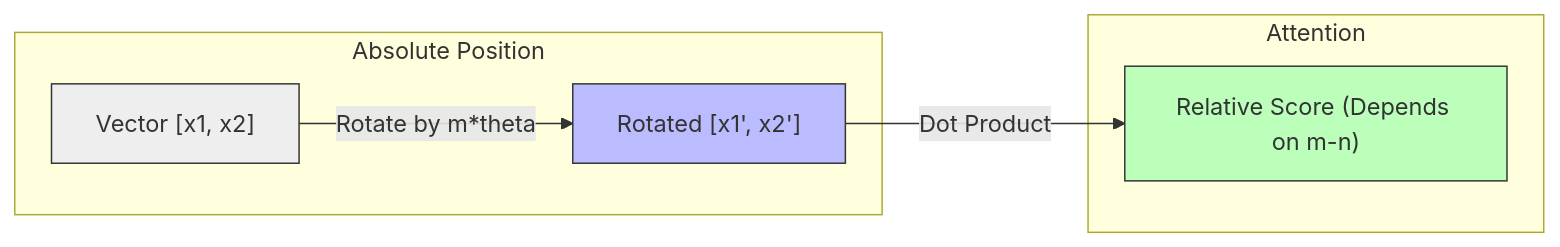
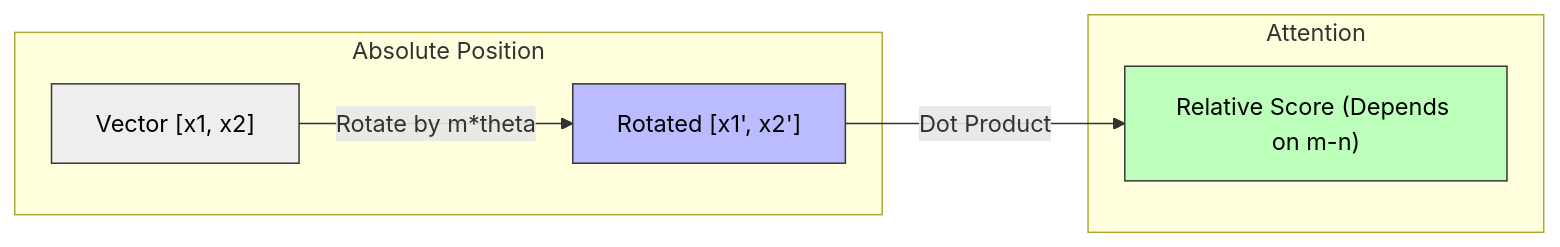
One commit to MeiisamMahmoodii/MultiModelDeltaPredictor changed the second of 5 diagrams in README.md. Above: the diagram before and after it, drawn with Mermaid. The commit also changed other lines of this file, not shown here.

Commit message:
Set text color to black for all diagram nodes

````diff
--- a/README.md
+++ b/README.md
@@ -58,14 +58,14 @@
 ```mermaid
 graph LR
     subgraph "Absolute Position"
     Vec["Vector [x1, x2]"] -->|Rotate by m*theta| Rot["Rotated [x1', x2']"]
     end
     
     subgraph "Attention"
     Rot -->|Dot Product| Score["Relative Score (Depends on m-n)"]
     end
     
-    style Vec fill:#eee,stroke:#333
-    style Rot fill:#bbf,stroke:#333
-    style Score fill:#bfb,stroke:#333
+    style Vec fill:#eee,stroke:#333,color:#000
+    style Rot fill:#bbf,stroke:#333,color:#000
+    style Score fill:#bfb,stroke:#333,color:#000
 ```
````
